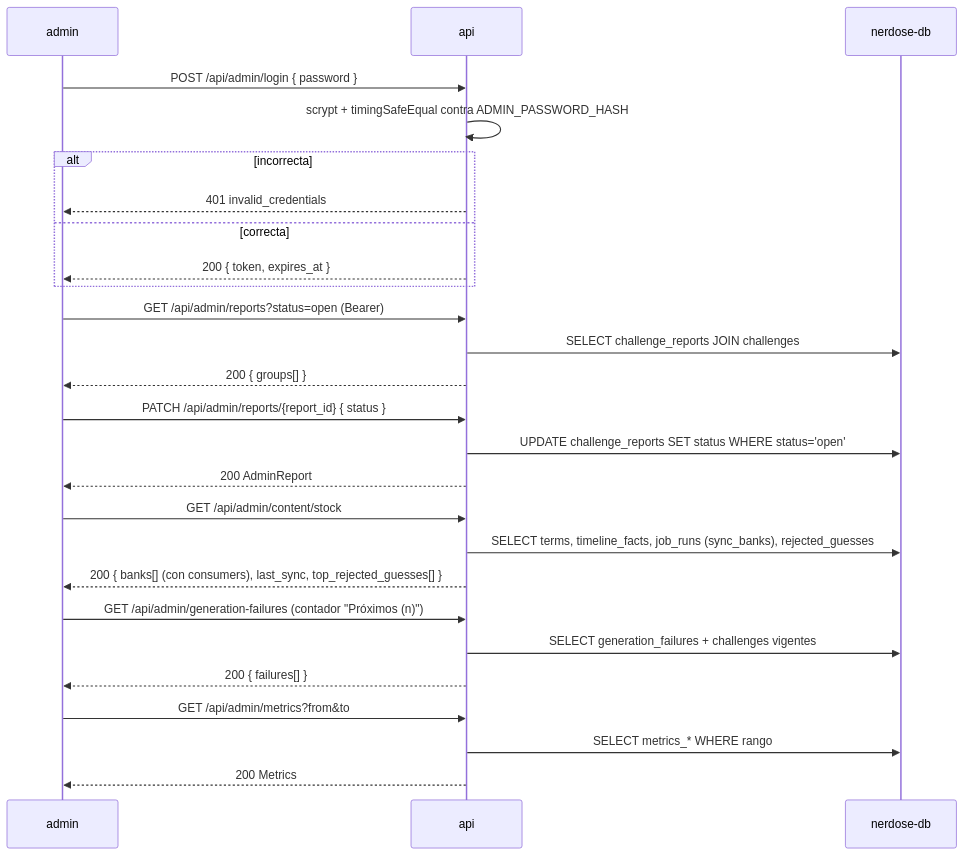
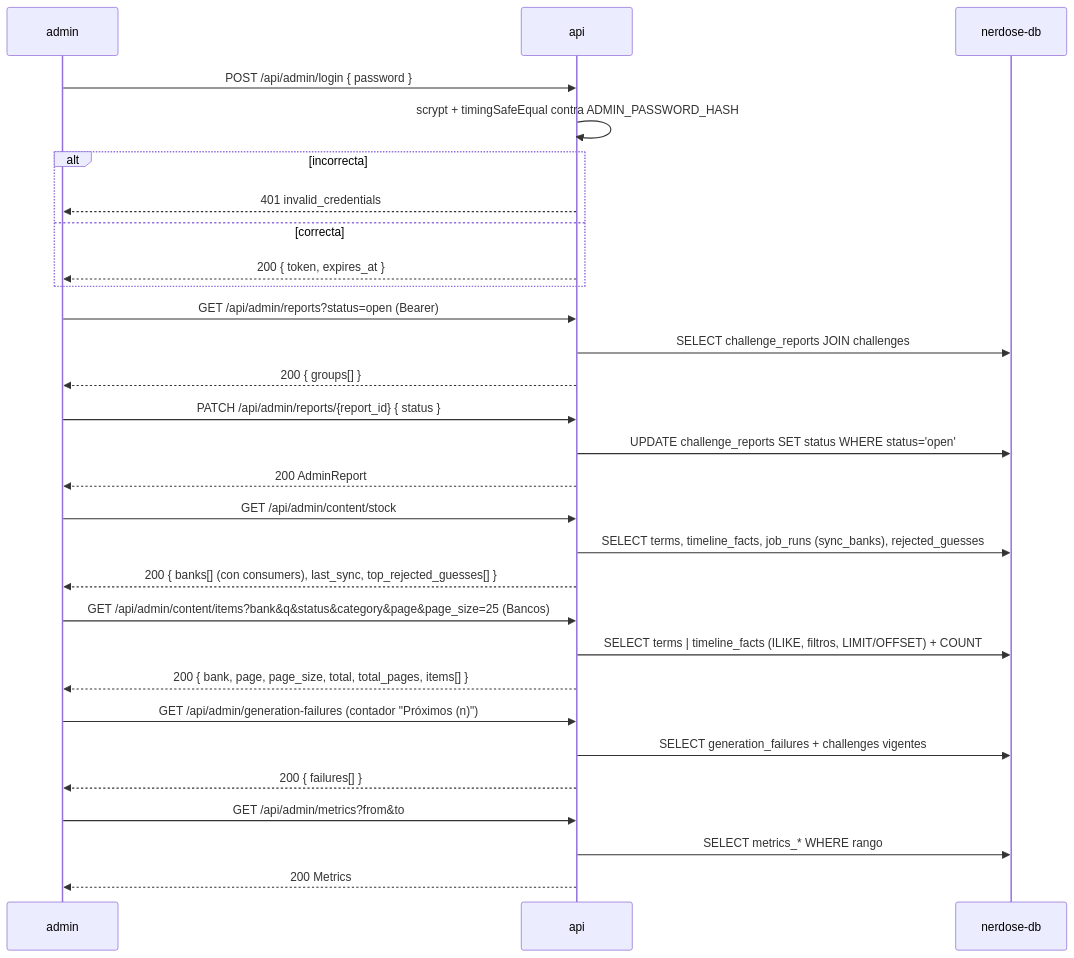
One commit to Bernacchialuca/nerdose changed the diagram in docs/flows/admin-login-y-consultas.md. Above: the diagram before and after it, drawn with Mermaid. The commit also changed other lines of this file and 26 other files, not shown here.

First line of the commit message:
docs(REQ-012): contrato BankUsage, PRD, arquitectura del admin y flujos

````diff
--- a/docs/flows/admin-login-y-consultas.md
+++ b/docs/flows/admin-login-y-consultas.md
@@ -38,29 +39,32 @@
 ```mermaid
 sequenceDiagram
     participant AD as admin
     participant A as api
     participant DB as nerdose-db
 
     AD->>A: POST /api/admin/login { password }
     A->>A: scrypt + timingSafeEqual contra ADMIN_PASSWORD_HASH
     alt incorrecta
         A-->>AD: 401 invalid_credentials
     else correcta
         A-->>AD: 200 { token, expires_at }
     end
     AD->>A: GET /api/admin/reports?status=open (Bearer)
     A->>DB: SELECT challenge_reports JOIN challenges
     A-->>AD: 200 { groups[] }
     AD->>A: PATCH /api/admin/reports/{report_id} { status }
     A->>DB: UPDATE challenge_reports SET status WHERE status='open'
     A-->>AD: 200 AdminReport
     AD->>A: GET /api/admin/content/stock
     A->>DB: SELECT terms, timeline_facts, job_runs (sync_banks), rejected_guesses
     A-->>AD: 200 { banks[] (con consumers), last_sync, top_rejected_guesses[] }
+    AD->>A: GET /api/admin/content/items?bank&q&status&category&page&page_size=25 (Bancos)
+    A->>DB: SELECT terms | timeline_facts (ILIKE, filtros, LIMIT/OFFSET) + COUNT
+    A-->>AD: 200 { bank, page, page_size, total, total_pages, items[] }
     AD->>A: GET /api/admin/generation-failures (contador "Próximos (n)")
     A->>DB: SELECT generation_failures + challenges vigentes
     A-->>AD: 200 { failures[] }
     AD->>A: GET /api/admin/metrics?from&to
     A->>DB: SELECT metrics_* WHERE rango
     A-->>AD: 200 Metrics
 ```
````
